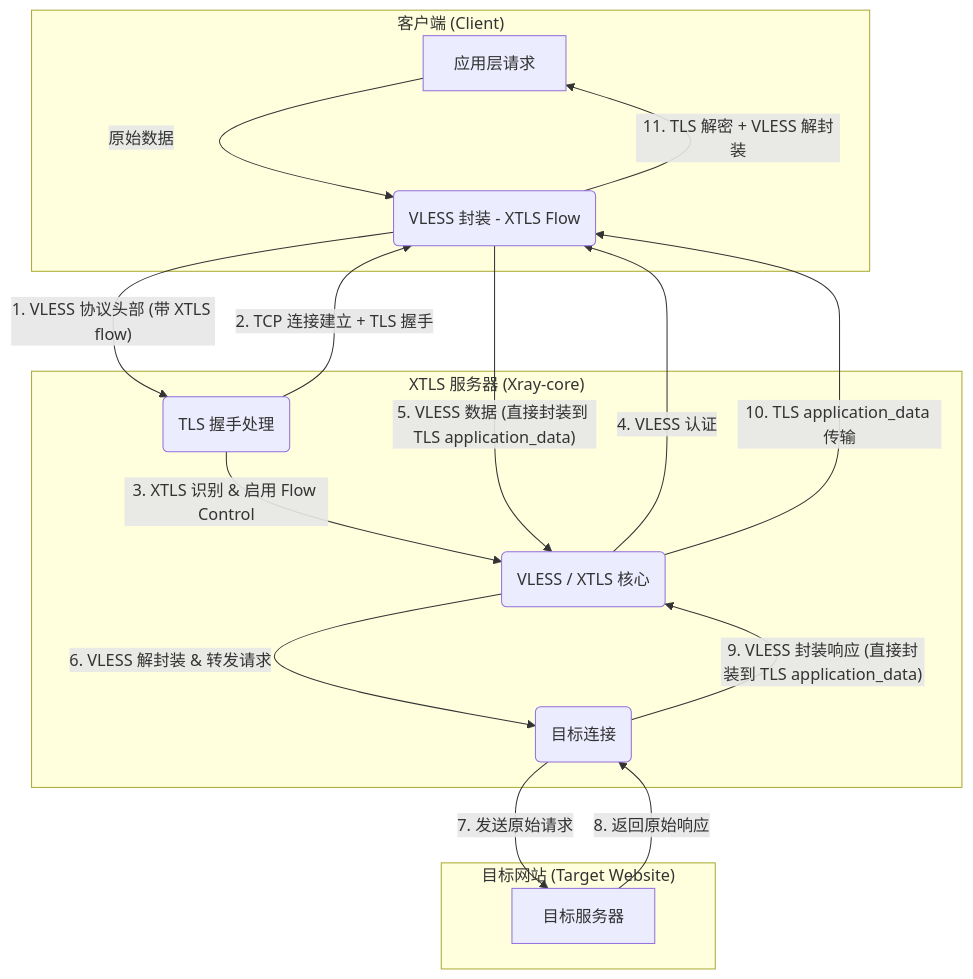
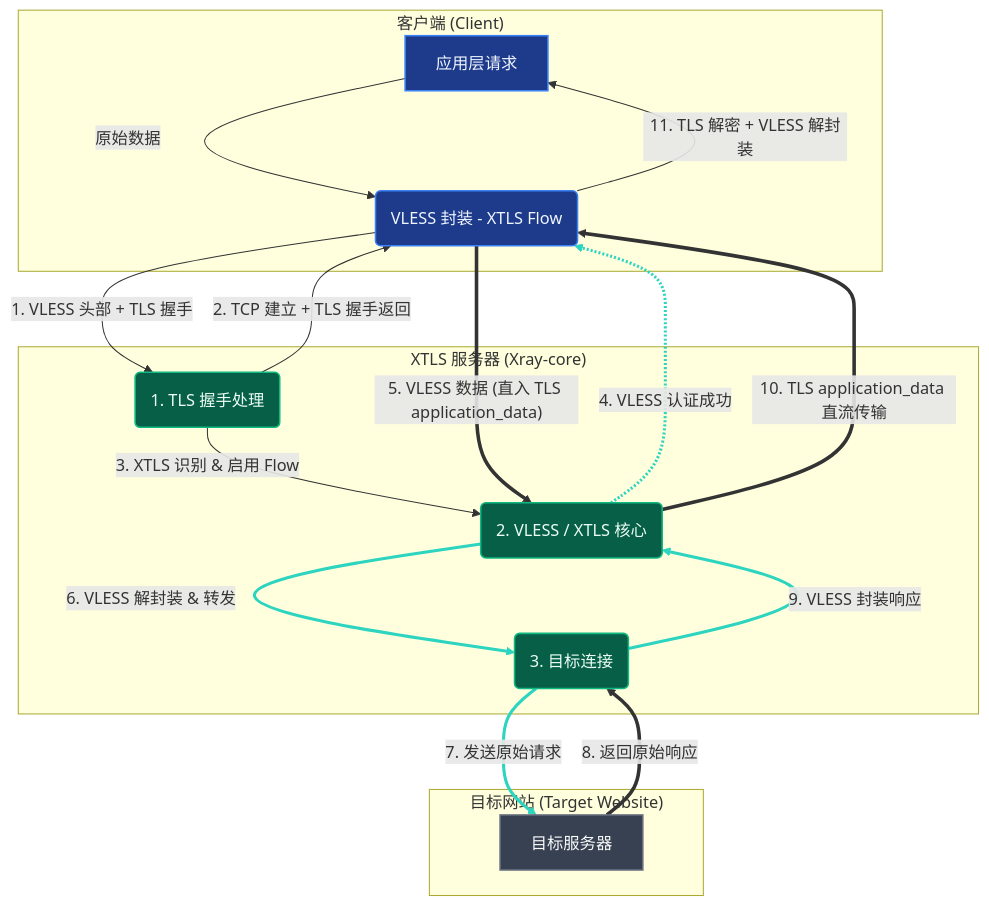
One commit to teatang/t-blog changed the third of 3 diagrams in source/_posts/2023/2023-09-29_VLESS协议详解：下一代无状态加密传输协议.md. Above: the diagram before and after it, drawn with Mermaid. The commit also changed other lines of this file and 4 other files, not shown here.

```diff
--- a/source/_posts/2023/2023-09-29_VLESS协议详解：下一代无状态加密传输协议.md
+++ b/source/_posts/2023/2023-09-29_VLESS协议详解：下一代无状态加密传输协议.md
@@ -172,30 +204,45 @@
 {% mermaid %}
 graph TD
+    %% 样式定义 (针对深色 UI 特别优化)
+    classDef client fill:#1e3a8a,stroke:#3b82f6,stroke-width:1.5px,color:#eff6ff;
+    classDef server fill:#065f46,stroke:#10b981,stroke-width:1.5px,color:#ecfdf5;
+    classDef target fill:#374151,stroke:#6b7280,stroke-width:1.5px,color:#f9fafb;
+
+    %% 客户端区域
     subgraph "客户端 (Client)"
         A[应用层请求] --> |原始数据| A1(VLESS 封装 - XTLS Flow)
     end
+    class A,A1 client;
 
+    %% XTLS 服务器区域
     subgraph "XTLS 服务器 (Xray-core)"
-        S1(TLS 握手处理)
-        S2(VLESS / XTLS 核心)
-        S3(目标连接)
+        S1(1. TLS 握手处理)
+        S2(2. VLESS / XTLS 核心)
+        S3(3. 目标连接)
     end
+    class S1,S2,S3 server;
 
+    %% 目标网站
     subgraph "目标网站 (Target Website)"
         D[目标服务器]
     end
+    class D target;
 
-    A1 --> |"1. VLESS 协议头部 (带 XTLS flow)"| S1
-    S1 --> |2. TCP 连接建立 + TLS 握手| A1
+    %% 连接关系 - 握手与认证阶段
+    A1 --> |"1. VLESS 头部 + TLS 握手"| S1
+    S1 --> |"2. TCP 建立 + TLS 握手返回"| A1
+    S1 --> |"3. XTLS 识别 & 启用 Flow"| S2
+    S2 -.-> |"4. VLESS 认证成功"| A1
 
-    S1 --> |3. XTLS 识别 & 启用 Flow Control| S2
-    S2 --> |4. VLESS 认证| A1
-    A1 --> |"5. VLESS 数据 (直接封装到 TLS application_data)"| S2
+    %% 连接关系 - 数据传输阶段 (使用青色加粗线高亮 XTLS 直流)
+    A1 ==> |"5. VLESS 数据 (直入 TLS application_data)"| S2
+    S2 --> |"6. VLESS 解封装 & 转发"| S3
+    S3 ==> |"7. 发送原始请求"| D
+    D ==> |"8. 返回原始响应"| S3
+    S3 --> |"9. VLESS 封装响应"| S2
+    S2 ==> |"10. TLS application_data 直流传输"| A1
+    A1 --> |"11. TLS 解密 + VLESS 解封装"| A
 
-    S2 --> |6. VLESS 解封装 & 转发请求| S3
-    S3 --> |7. 发送原始请求| D
-    D --> |8. 返回原始响应| S3
-    S3 --> |"9. VLESS 封装响应 (直接封装到 TLS application_data)"| S2
-    S2 --> |10. TLS application_data 传输| A1
-    A1 --> |11. TLS 解密 + VLESS 解封装| A
+    %% 样式应用：高亮 XTLS 核心流向线条
+    linkStyle 4,6,7,9 stroke:#2dd4bf,stroke-width:3px;
 {% endmermaid %}
```
